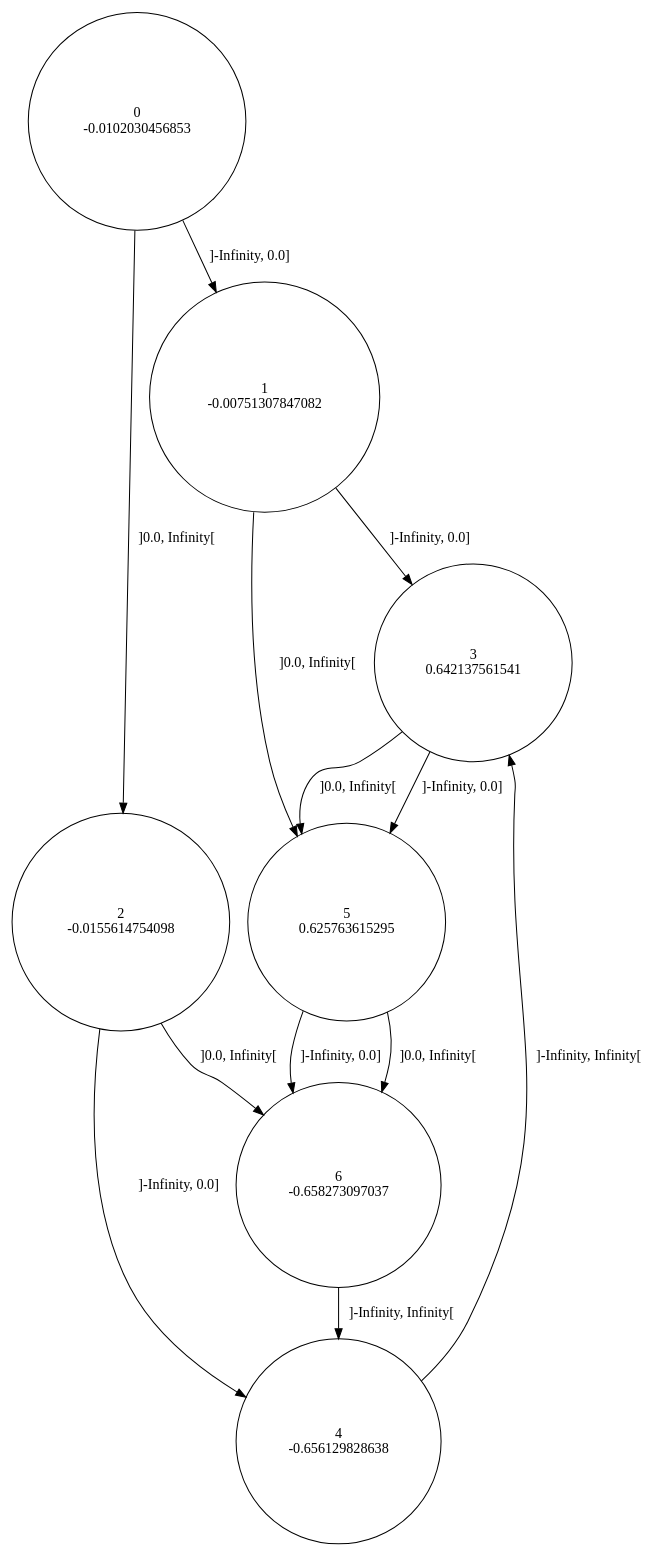
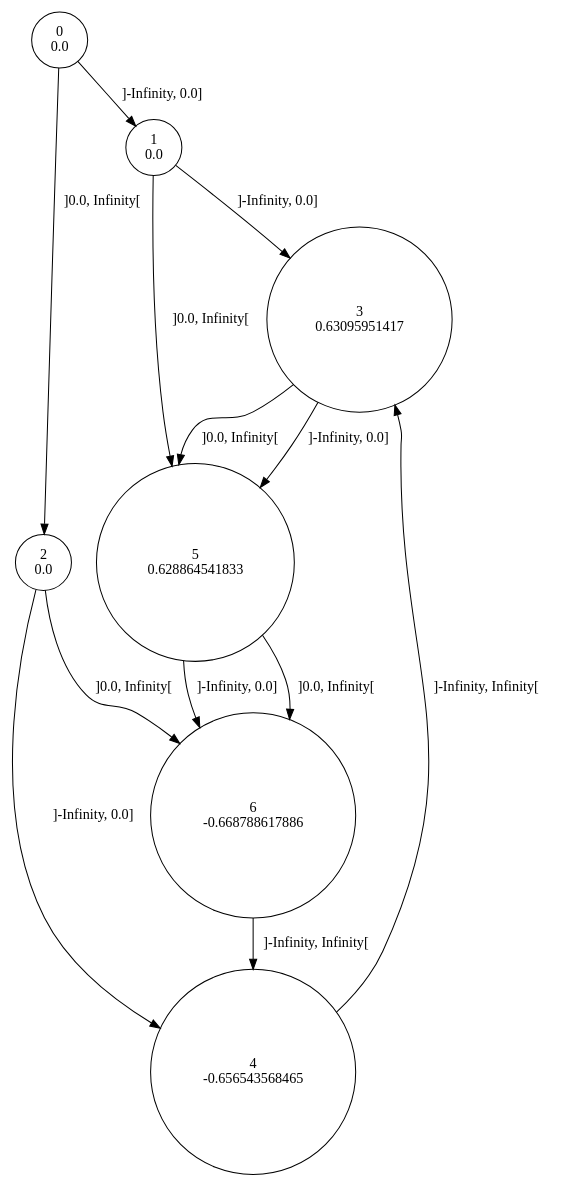
The diagram in sinus/data/0/rtisy.dot (gllpellegrino/RAI_experiments), drawn with Graphviz before and after one commit. The commit also changed 148 other files, not shown here.

```diff
--- a/sinus/data/0/rtisy.dot
+++ b/sinus/data/0/rtisy.dot
@@ -1,21 +1,21 @@
 digraph a {
-0 [shape=circle, label="0\n-0.0102030456853"];
+0 [shape=circle, label="0\n0.0"];
 	0 -> 1 [label="]-Infinity, 0.0]"];
 	0 -> 2 [label="]0.0, Infinity["];
-1 [shape=circle, label="1\n-0.00751307847082"];
+1 [shape=circle, label="1\n0.0"];
 	1 -> 3 [label="]-Infinity, 0.0]"];
 	1 -> 5 [label="]0.0, Infinity["];
-2 [shape=circle, label="2\n-0.0155614754098"];
+2 [shape=circle, label="2\n0.0"];
 	2 -> 4 [label="]-Infinity, 0.0]"];
 	2 -> 6 [label="]0.0, Infinity["];
-3 [shape=circle, label="3\n0.642137561541"];
+3 [shape=circle, label="3\n0.63095951417"];
 	3 -> 5 [label="]-Infinity, 0.0]"];
 	3 -> 5 [label="]0.0, Infinity["];
-4 [shape=circle, label="4\n-0.656129828638"];
+4 [shape=circle, label="4\n-0.656543568465"];
 	4 -> 3 [label="]-Infinity, Infinity["];
-5 [shape=circle, label="5\n0.625763615295"];
+5 [shape=circle, label="5\n0.628864541833"];
 	5 -> 6 [label="]-Infinity, 0.0]"];
 	5 -> 6 [label="]0.0, Infinity["];
-6 [shape=circle, label="6\n-0.658273097037"];
+6 [shape=circle, label="6\n-0.668788617886"];
 	6 -> 4 [label="]-Infinity, Infinity["];
 }
```
